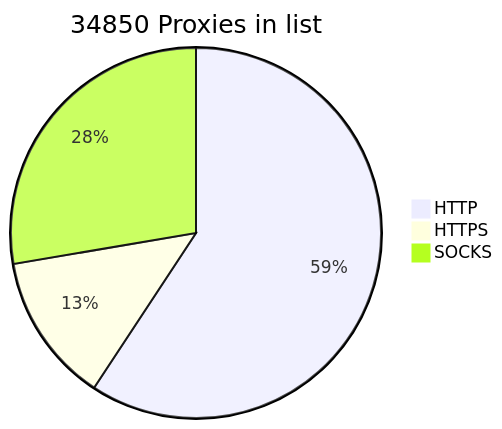
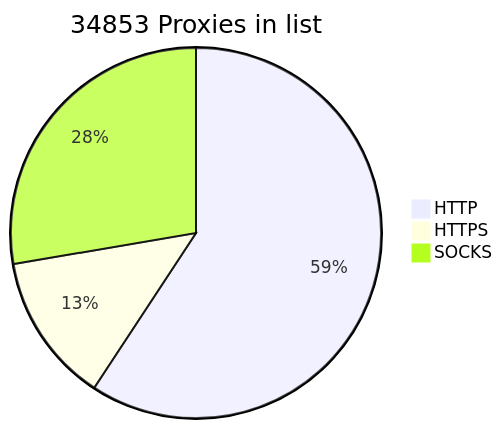
Before and after one commit to BlackSnowDot/proxylist-update-every-minute: the diagram in README.md, drawn with Mermaid.

````diff
--- a/README.md
+++ b/README.md
@@ -2,6 +2,6 @@
 ```mermaid
-pie title 34850 Proxies in list
-    "HTTP" : 22913
-    "HTTPS": 5048
-    "SOCKS" : 10700
+pie title 34853 Proxies in list
+    "HTTP" : 22914
+    "HTTPS": 5052
+    "SOCKS" : 10704
 ```
````
